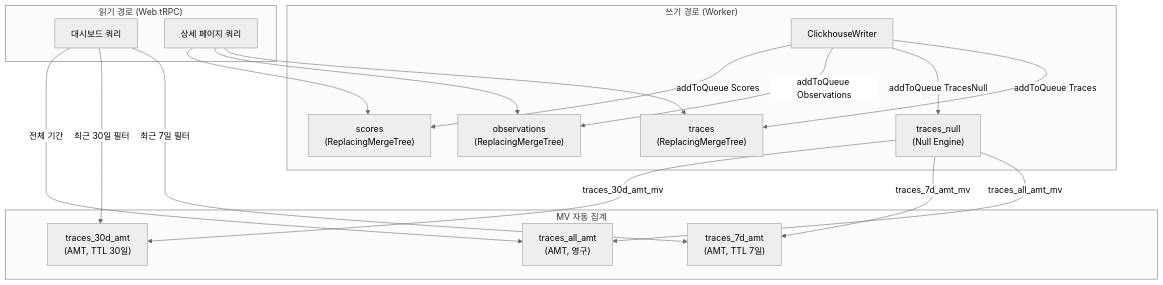
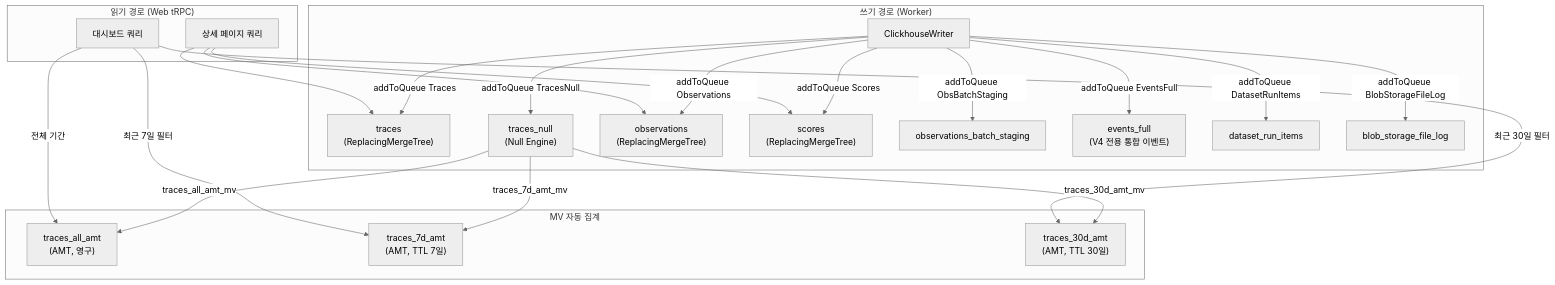
The first of 4 diagrams in docs/40-anatomy-deep-dive/08-clickhouse-schema-and-mvs.md (dhs-shine/langfuse), drawn with Mermaid (neutral theme) before and after one commit. The commit also changed 11 other files, not shown here.

Commit message:
docs: update and standardize architecture and source analysis documentation

````diff
--- a/docs/40-anatomy-deep-dive/08-clickhouse-schema-and-mvs.md
+++ b/docs/40-anatomy-deep-dive/08-clickhouse-schema-and-mvs.md
@@ -12,27 +12,31 @@
 ```mermaid
 flowchart TD
     subgraph Write["쓰기 경로 (Worker)"]
         CW["ClickhouseWriter"]
         CW -->|addToQueue Traces| T["traces<br/>(ReplacingMergeTree)"]
         CW -->|addToQueue TracesNull| TN["traces_null<br/>(Null Engine)"]
         CW -->|addToQueue Observations| O["observations<br/>(ReplacingMergeTree)"]
         CW -->|addToQueue Scores| S["scores<br/>(ReplacingMergeTree)"]
+        CW -->|addToQueue ObsBatchStaging| BS["observations_batch_staging"]
+        CW -->|addToQueue EventsFull| EF["events_full<br/>(V4 전용 통합 이벤트)"]
+        CW -->|addToQueue DatasetRunItems| DRI["dataset_run_items"]
+        CW -->|addToQueue BlobStorageFileLog| BSF["blob_storage_file_log"]
     end
 
     subgraph MVPipeline["MV 자동 집계"]
         TN -->|traces_all_amt_mv| AMT_ALL["traces_all_amt<br/>(AMT, 영구)"]
         TN -->|traces_7d_amt_mv| AMT_7D["traces_7d_amt<br/>(AMT, TTL 7일)"]
         TN -->|traces_30d_amt_mv| AMT_30D["traces_30d_amt<br/>(AMT, TTL 30일)"]
     end
 
     subgraph Read["읽기 경로 (Web tRPC)"]
         Dashboard["대시보드 쿼리"]
         Dashboard -->|최근 7일 필터| AMT_7D
         Dashboard -->|최근 30일 필터| AMT_30D
         Dashboard -->|전체 기간| AMT_ALL
         Detail["상세 페이지 쿼리"]
         Detail --> T
         Detail --> O
         Detail --> S
     end
 ```
````
